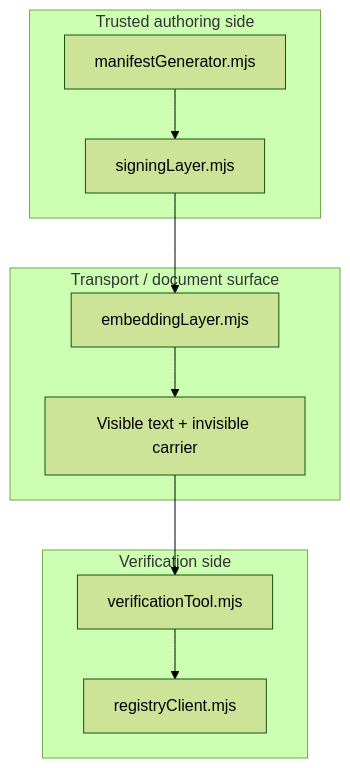
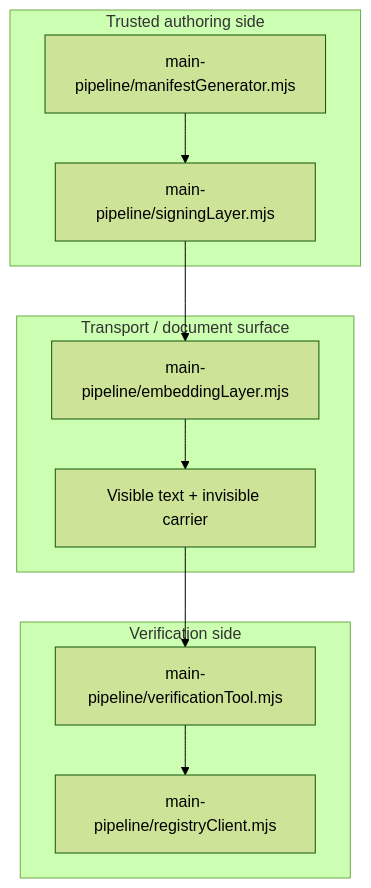
One commit to systemacticco-rgb/lps-reference-implementation changed the third of 7 diagrams in DIAGRAMS.md. Above: the diagram before and after it, drawn with Mermaid (forest theme). The commit also changed other lines of this file and 34 other files, not shown here.

````diff
--- a/DIAGRAMS.md
+++ b/DIAGRAMS.md
@@ -53,19 +53,19 @@
 ```mermaid
 flowchart TD
     subgraph Trusted authoring side
-        A[manifestGenerator.mjs]
-        B[signingLayer.mjs]
+        A[main-pipeline/manifestGenerator.mjs]
+        B[main-pipeline/signingLayer.mjs]
     end
 
     subgraph Transport / document surface
-        C[embeddingLayer.mjs]
+        C[main-pipeline/embeddingLayer.mjs]
         D[Visible text + invisible carrier]
     end
 
     subgraph Verification side
-        E[verificationTool.mjs]
-        F[registryClient.mjs]
+        E[main-pipeline/verificationTool.mjs]
+        F[main-pipeline/registryClient.mjs]
     end
 
     A --> B --> C --> D --> E --> F
 ```
````
